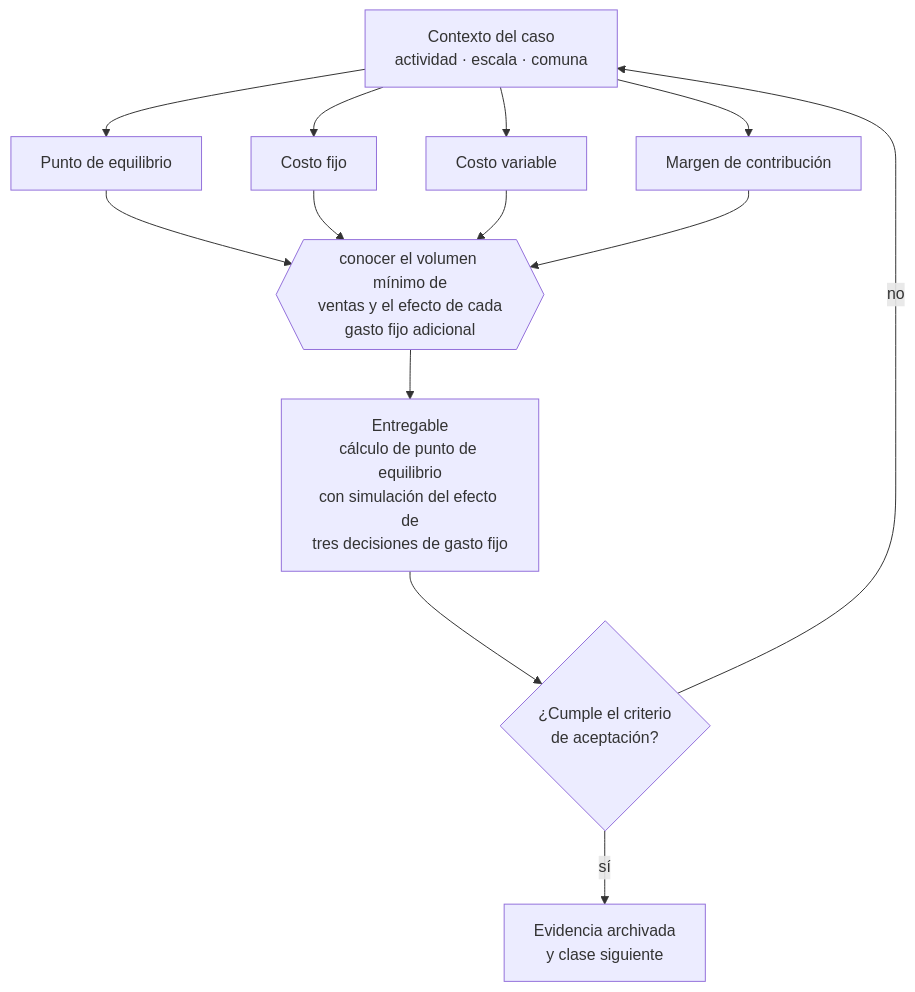
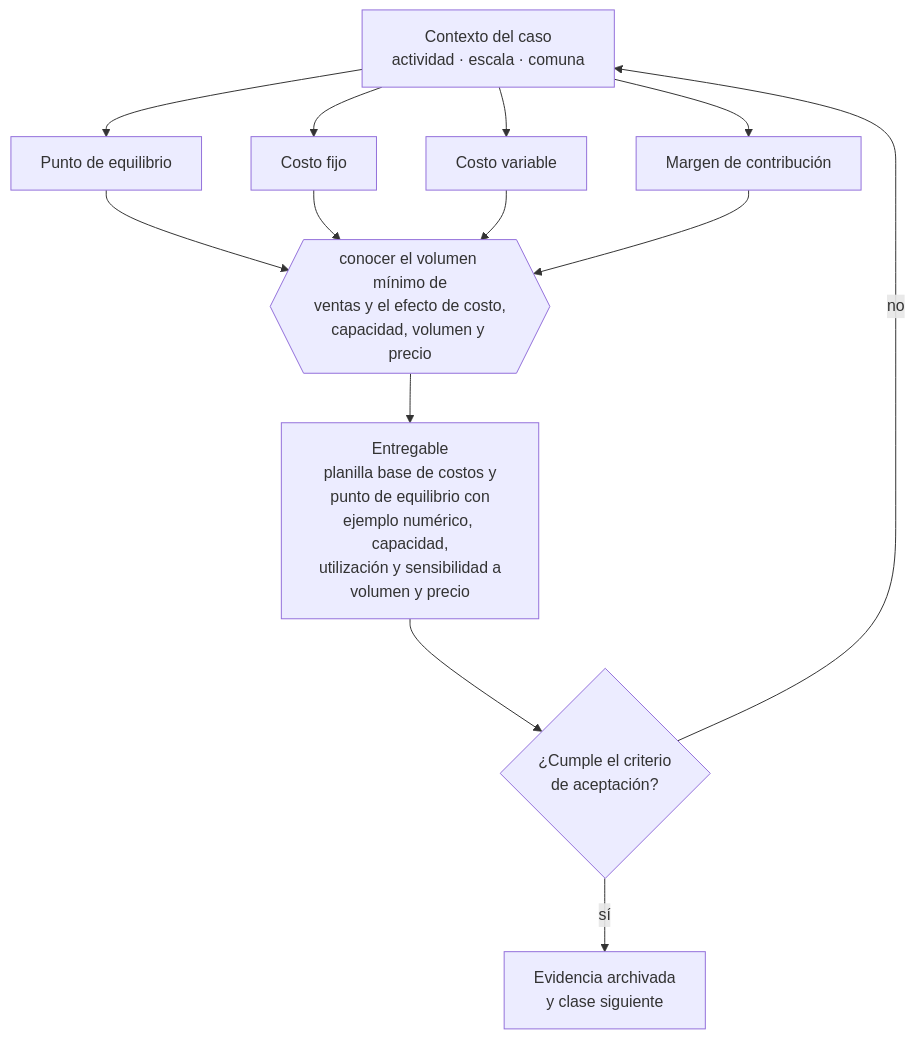
The diagram in curriculum/part-09-finanzas-caja-precios-y-economia-unitaria/class-04-punto-de-equilibrio/README.md (vladimiracunadev-create/modern-business-creation-program), drawn with Mermaid before and after one commit. The commit also changed other lines of this file and 48 other files, not shown here.

````diff
--- a/curriculum/part-09-finanzas-caja-precios-y-economia-unitaria/class-04-punto-de-equilibrio/README.md
+++ b/curriculum/part-09-finanzas-caja-precios-y-economia-unitaria/class-04-punto-de-equilibrio/README.md
@@ -34,13 +34,13 @@
 ```mermaid
 flowchart TB
     C["Contexto del caso<br/>actividad · escala · comuna"]
     C --> A1["Punto de equilibrio"]
     C --> A2["Costo fijo"]
     C --> A3["Costo variable"]
     C --> A4["Margen de contribución"]
-    A1 & A2 & A3 & A4 --> D{{"conocer el volumen mínimo de<br/>ventas y el efecto de cada<br/>gasto fijo adicional"}}
-    D --> E["Entregable<br/>cálculo de punto de equilibrio<br/>con simulación del efecto de<br/>tres decisiones de gasto fijo"]
+    A1 & A2 & A3 & A4 --> D{{"conocer el volumen mínimo de<br/>ventas y el efecto de costo,<br/>capacidad, volumen y precio"}}
+    D --> E["Entregable<br/>planilla base de costos y<br/>punto de equilibrio con<br/>ejemplo numérico, capacidad,<br/>utilización y sensibilidad a<br/>volumen y precio"]
     E --> V{"¿Cumple el criterio<br/>de aceptación?"}
     V -->|sí| S["Evidencia archivada<br/>y clase siguiente"]
     V -->|no| C
 ```
````
